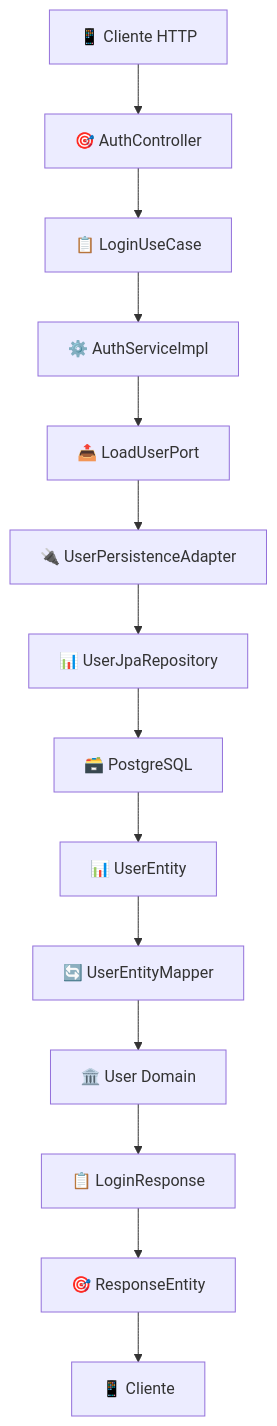
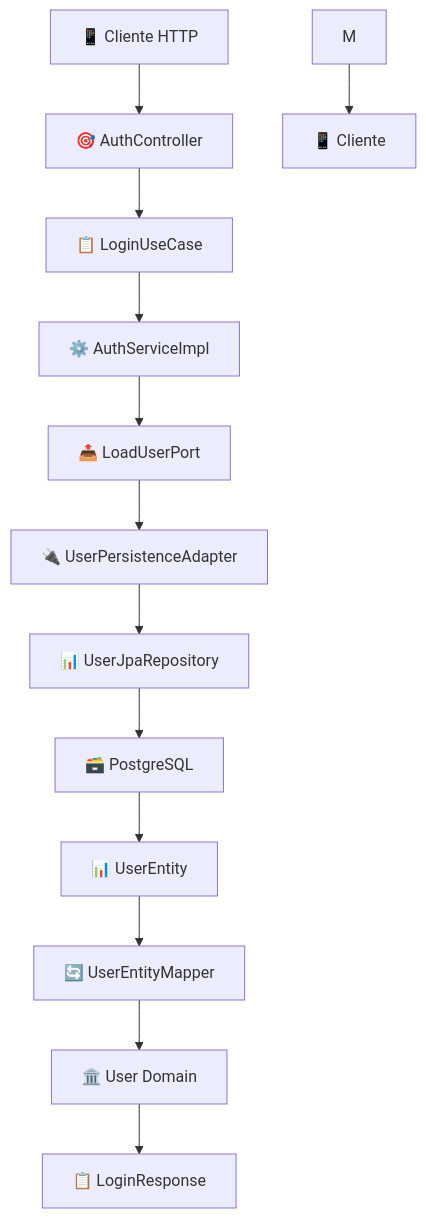
Before and after one commit to EduartDC/auth-service-moveone: the diagram in README.md, drawn with Mermaid.

````diff
--- a/README.md
+++ b/README.md
@@ -86,17 +86,16 @@
 ```mermaid
 graph TD
     A[📱 Cliente HTTP] --> B[🎯 AuthController]
     B --> C[📋 LoginUseCase]
     C --> D[⚙️ AuthServiceImpl]
     D --> E[📤 LoadUserPort]
     E --> F[🔌 UserPersistenceAdapter]
     F --> G[📊 UserJpaRepository]
     G --> H[🗃️ PostgreSQL]
 
     H --> I[📊 UserEntity]
     I --> J[🔄 UserEntityMapper]
     J --> K[🏛️ User Domain]
     K --> L[📋 LoginResponse]
-    L --> M[🎯 ResponseEntity]
     M --> N[📱 Cliente]
 ```
````
